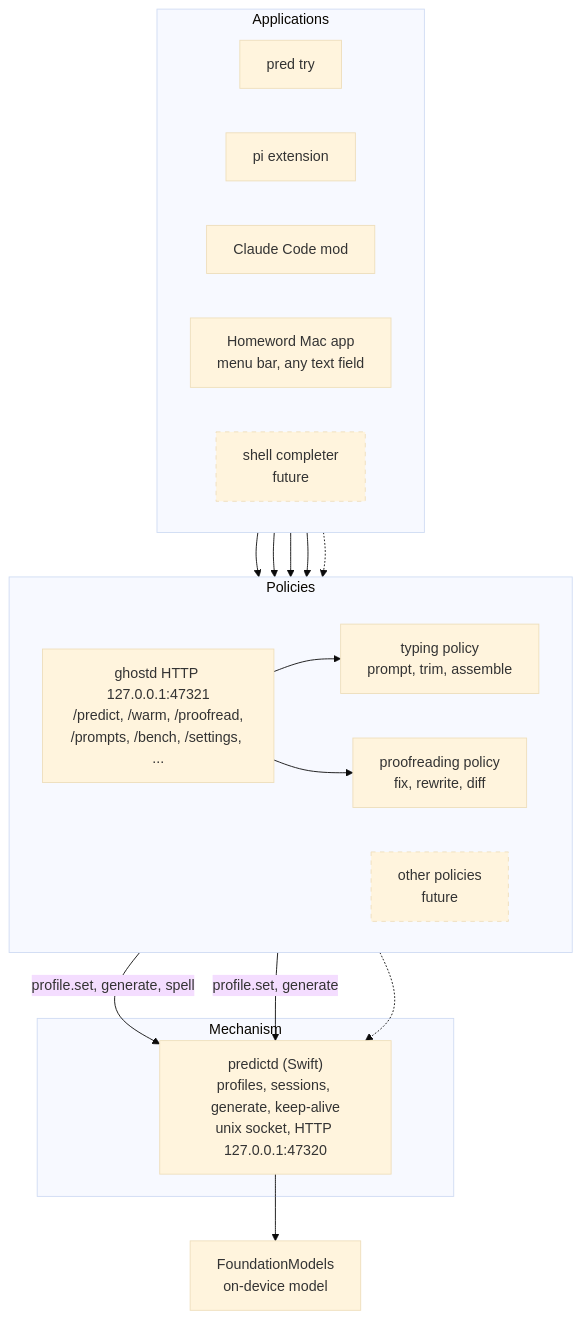
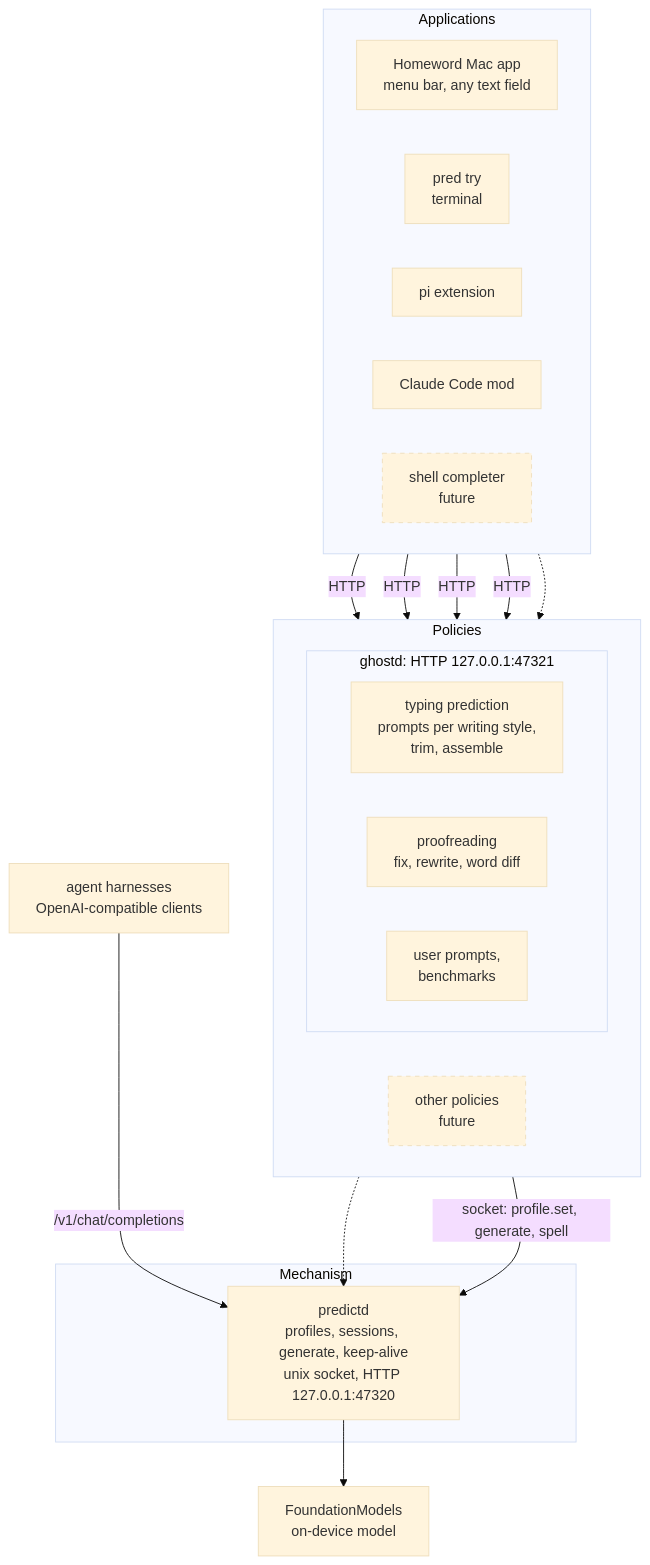
One commit to FreemanX/Homeword changed the first of 7 diagrams in docs/ARCHITECTURE.md. Above: the diagram before and after it, drawn with Mermaid (base theme). The commit also changed other lines of this file and 11 other files, not shown here.

First line of the commit message:
Docs: the engine as two Swift processes, who starts what, ghostd internals

````diff
--- a/docs/ARCHITECTURE.md
+++ b/docs/ARCHITECTURE.md
@@ -13,34 +18,36 @@
 ```mermaid
 flowchart TB
     subgraph apps["Applications"]
         direction LR
-        try["pred try"]
+        mac["Homeword Mac app<br/>menu bar, any text field"]
+        try["pred try<br/>terminal"]
         pi["pi extension"]
         cc["Claude Code mod"]
-        mac["Homeword Mac app<br/>menu bar, any text field"]
         next["shell completer<br/>future"]:::future
     end
     subgraph policy["Policies"]
         direction LR
-        srv["ghostd HTTP 127.0.0.1:47321<br/>/predict, /warm, /proofread,<br/>/prompts, /bench, /settings, ..."]
-        lib["typing policy<br/>prompt, trim, assemble"]
-        pr["proofreading policy<br/>fix, rewrite, diff"]
+        subgraph gd["ghostd: HTTP 127.0.0.1:47321"]
+            direction LR
+            typing["typing prediction<br/>prompts per writing style,<br/>trim, assemble"]
+            proof["proofreading<br/>fix, rewrite, word diff"]
+            prompts["user prompts,<br/>benchmarks"]
+        end
         other["other policies<br/>future"]:::future
     end
     subgraph mech["Mechanism"]
-        predictd["predictd (Swift)<br/>profiles, sessions, generate, keep-alive<br/>unix socket, HTTP 127.0.0.1:47320"]
+        predictd["predictd<br/>profiles, sessions, generate, keep-alive<br/>unix socket, HTTP 127.0.0.1:47320"]
     end
+    harness["agent harnesses<br/>OpenAI-compatible clients"]
     fm["FoundationModels<br/>on-device model"]
-    try --> srv
-    pi --> srv
-    cc --> srv
-    mac --> srv
-    next -.-> srv
-    srv --> lib
-    srv --> pr
-    lib -->|"profile.set, generate, spell"| predictd
-    pr -->|"profile.set, generate"| predictd
+    mac -->|"HTTP"| gd
+    try -->|"HTTP"| gd
+    pi -->|"HTTP"| gd
+    cc -->|"HTTP"| gd
+    next -.-> gd
+    gd -->|"socket: profile.set, generate, spell"| predictd
     other -.-> predictd
+    harness -->|"/v1/chat/completions"| predictd
     predictd --> fm
     classDef future stroke-dasharray: 5 5
 ```
````
